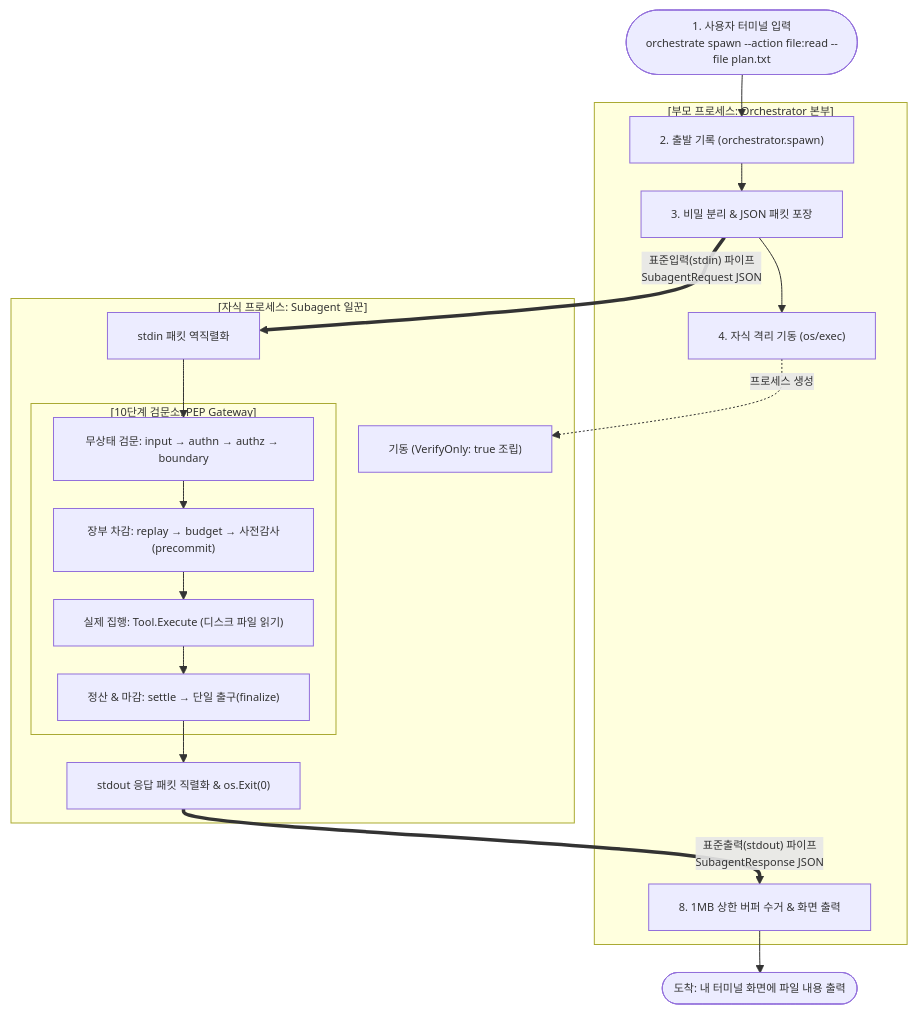
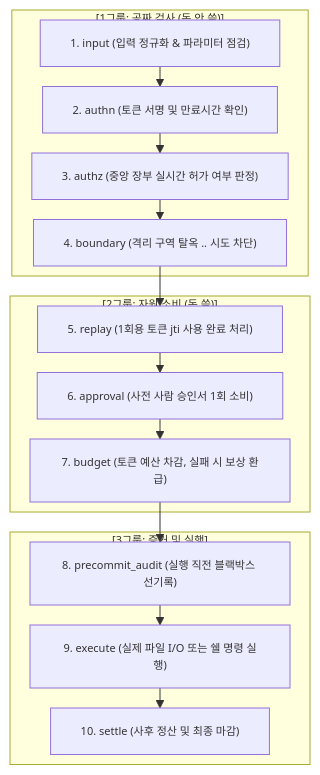
The diagram in docs/작동원리/002-요청_패킷의_E2E_왕복여정과_검문소.md (RadiantCitron/authz-harness), drawn with Mermaid before and after one commit. The commit also changed other lines of this file, not shown here.

Commit message:
docs(작동원리): 002편 대화식 전면 재집필 (E2E 왕복여정 및 10단계 검문소 문답화)

````diff
--- a/docs/작동원리/002-요청_패킷의_E2E_왕복여정과_검문소.md
+++ b/docs/작동원리/002-요청_패킷의_E2E_왕복여정과_검문소.md
@@ -70,39 +64,21 @@
 ```mermaid
-%%{init: {"themeVariables": {"fontSize": "11px"}, "flowchart": {"nodeSpacing": 25, "rankSpacing": 28}}}%%
+%%{init: {"themeVariables": {"fontSize": "11px"}, "flowchart": {"nodeSpacing": 20, "rankSpacing": 20}}}%%
 flowchart TD
-    User(["1. 사용자 터미널 입력<br/>orchestrate spawn --action file:read --file plan.txt"])
-    
-    subgraph Parent["[부모 프로세스: Orchestrator 본부]"]
-        P1["2. 출발 기록 (orchestrator.spawn)"]
-        P2["3. 비밀 분리 & JSON 패킷 포장"]
-        P3["4. 자식 격리 기동 (os/exec)"]
-        P4["8. 1MB 상한 버퍼 수거 & 화면 출력"]
+    subgraph G1["[1그룹: 공짜 검사 (돈 안 씀)]"]
+        S1["1. input (입력 정규화 & 파라미터 점검)"] --> S2["2. authn (토큰 서명 및 만료시간 확인)"]
+        S2 --> S3["3. authz (중앙 장부 실시간 허가 여부 판정)"]
+        S3 --> S4["4. boundary (격리 구역 탈옥 .. 시도 차단)"]
     end
 
-    subgraph Child["[자식 프로세스: Subagent 일꾼]"]
-        C1["기동 (VerifyOnly: true 조립)"]
-        C2["stdin 패킷 역직렬화"]
-        
-        subgraph Gateway["[10단계 검문소: PEP Gateway]"]
-            G_Check["무상태 검문: input → authn → authz → boundary"]
-            G_Commit["장부 차감: replay → budget → 사전감사(precommit)"]
-            G_Exec["실제 집행: Tool.Execute (디스크 파일 읽기)"]
-            G_Settle["정산 & 마감: settle → 단일 출구(finalize)"]
-        end
-        
-        C3["stdout 응답 패킷 직렬화 & os.Exit(0)"]
+    subgraph G2["[2그룹: 자원 소비 (돈 씀)]"]
+        S4 --> S5["5. replay (1회용 토큰 jti 사용 완료 처리)"]
+        S5 --> S6["6. approval (사전 사람 승인서 1회 소비)"]
+        S6 --> S7["7. budget (토큰 예산 차감, 실패 시 보상 환급)"]
     end
 
-    User --> P1
-    P1 --> P2
-    P2 --> P3
-    P3 -.프로세스 생성.-> C1
-    P2 ==>|"표준입력(stdin) 파이프<br/>SubagentRequest JSON"| C2
-    C2 --> G_Check
-    G_Check --> G_Commit
-    G_Commit --> G_Exec
-    G_Exec --> G_Settle
-    G_Settle --> C3
-    C3 ==>|"표준출력(stdout) 파이프<br/>SubagentResponse JSON"| P4
-    P4 --> Result(["도착: 내 터미널 화면에 파일 내용 출력"])
+    subgraph G3["[3그룹: 증거 및 실행]"]
+        S7 --> S8["8. precommit_audit (실행 직전 블랙박스 선기록)"]
+        S8 --> S9["9. execute (실제 파일 I/O 또는 쉘 명령 실행)"]
+        S9 --> S10["10. settle (사후 정산 및 최종 마감)"]
+    end
 ```
````
